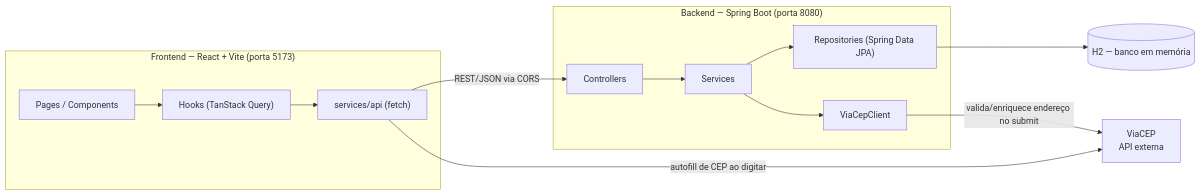
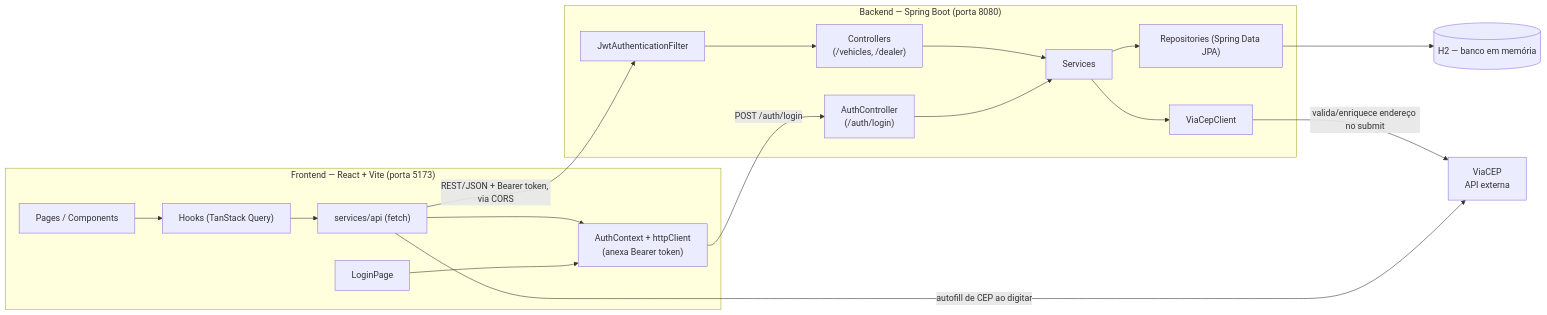
Before and after one commit to djhonatah/ConnectAuto: the first of 2 diagrams in README.md, drawn with Mermaid. The commit also changed other lines of this file, not shown here.

Commit message:
feat: implement Spring Security with JWT authentication and update README documentation

````diff
--- a/README.md
+++ b/README.md
@@ -12,27 +24,36 @@
 ```mermaid
 flowchart LR
   subgraph Frontend["Frontend — React + Vite (porta 5173)"]
+    Login["LoginPage"]
     UI["Pages / Components"]
+    Auth["AuthContext + httpClient<br/>(anexa Bearer token)"]
     Hooks["Hooks (TanStack Query)"]
     Api["services/api (fetch)"]
+    Login --> Auth
     UI --> Hooks --> Api
+    Api --> Auth
   end
 
   subgraph Backend["Backend — Spring Boot (porta 8080)"]
-    Controller["Controllers"]
+    Filter["JwtAuthenticationFilter"]
+    AuthCtrl["AuthController<br/>(/auth/login)"]
+    Controller["Controllers<br/>(/vehicles, /dealer)"]
     Service["Services"]
     Repo["Repositories (Spring Data JPA)"]
     Client["ViaCepClient"]
+    Filter --> Controller
+    AuthCtrl --> Service
     Controller --> Service
     Service --> Repo
     Service --> Client
   end
 
   DB[("H2 — banco em memória")]
   ViaCEP["ViaCEP<br/>API externa"]
 
-  Api -->|"REST/JSON via CORS"| Controller
+  Auth -->|"POST /auth/login"| AuthCtrl
+  Api -->|"REST/JSON + Bearer token, via CORS"| Filter
   Api -->|"autofill de CEP ao digitar"| ViaCEP
   Repo --> DB
   Client -->|"valida/enriquece endereço no submit"| ViaCEP
 ```
````
